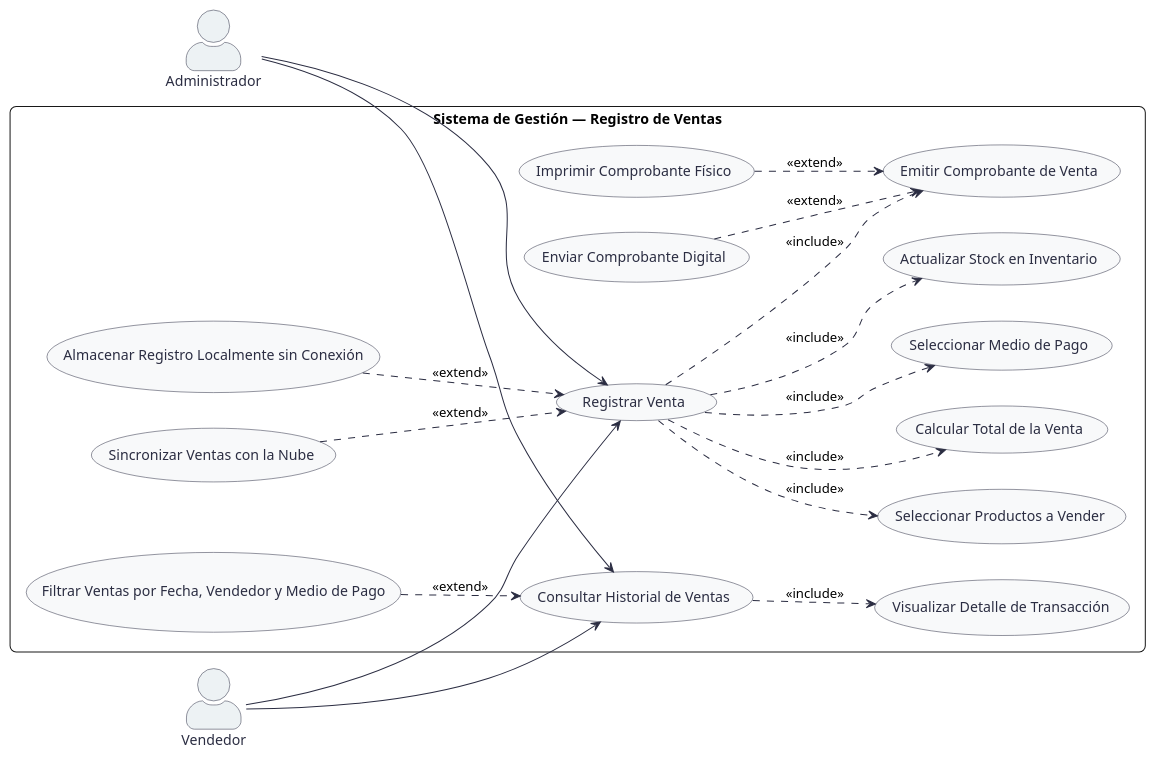
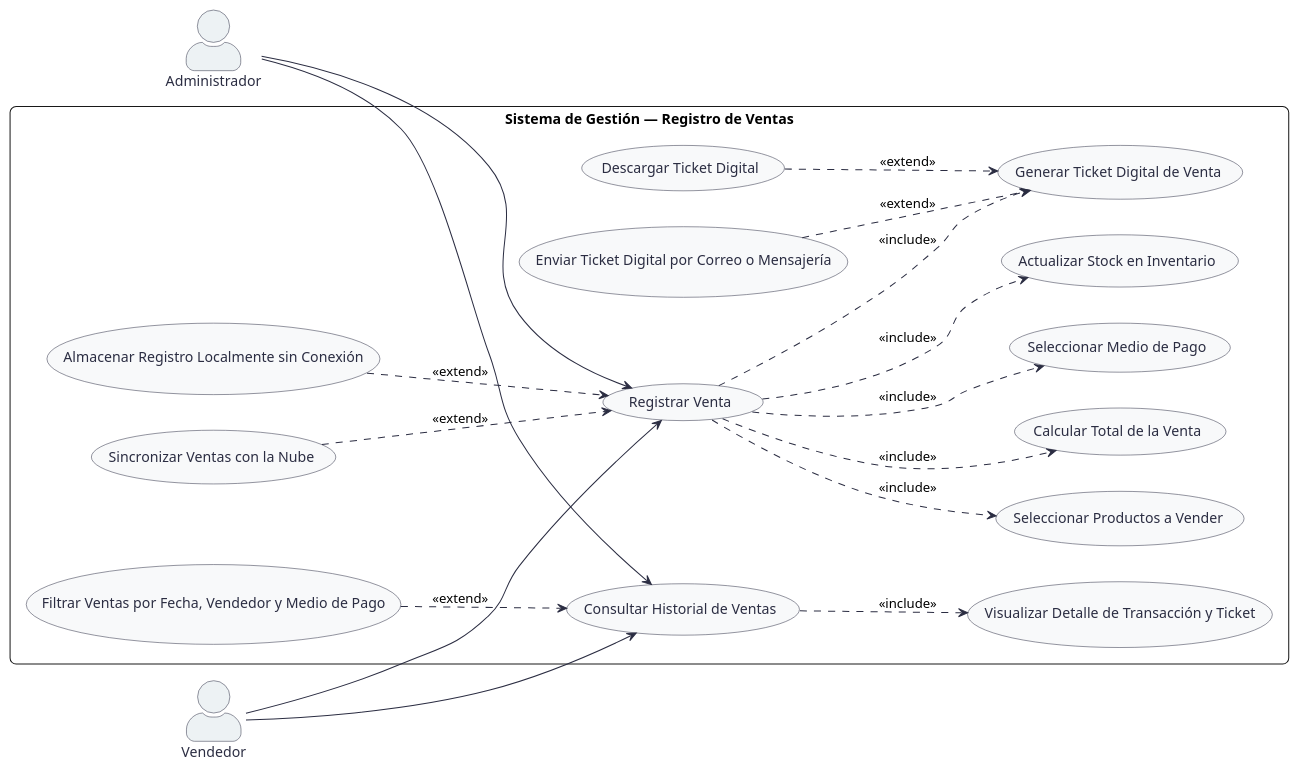
The diagram in docs/diagramas_casos_de_uso/codigo_puml/cu_modulo_3_ventas.puml (jsondev999/proyecto-tienda-ropa), drawn with PlantUML before and after one commit. The commit also changed 3 other files, not shown here.

```diff
--- a/docs/diagramas_casos_de_uso/codigo_puml/cu_modulo_3_ventas.puml
+++ b/docs/diagramas_casos_de_uso/codigo_puml/cu_modulo_3_ventas.puml
@@ -1,66 +1,66 @@
 @startuml cu_modulo_3_ventas
 skinparam actorStyle awesome
 skinparam packageStyle rectangle
 skinparam roundcorner 12
 skinparam shadowing false
 skinparam monochrome false
 left to right direction
 
 skinparam usecase {
     BackgroundColor #F8F9FA
     BorderColor #2B2D42
     ArrowColor #2B2D42
     FontColor #2B2D42
 }
 
 skinparam actor {
     BackgroundColor #EDF2F4
     BorderColor #2B2D42
     FontColor #2B2D42
 }
 
 actor "Administrador" as Admin
 actor "Vendedor" as Vendedor
 
 rectangle "Sistema de Gestión — Registro de Ventas" {
     usecase "Registrar Venta" as UC_RegistrarVenta
     usecase "Seleccionar Productos a Vender" as UC_SeleccionarProd
     usecase "Calcular Total de la Venta" as UC_CalcularTotal
     usecase "Seleccionar Medio de Pago" as UC_MedioPago
     usecase "Actualizar Stock en Inventario" as UC_ActualizarStock
-    usecase "Emitir Comprobante de Venta" as UC_EmitirComprobante
-    usecase "Imprimir Comprobante Físico" as UC_ImprimirComprobante
-    usecase "Enviar Comprobante Digital" as UC_EnviarComprobanteDigital
+    usecase "Generar Ticket Digital de Venta" as UC_GenerarTicket
+    usecase "Descargar Ticket Digital" as UC_DescargarTicket
+    usecase "Enviar Ticket Digital por Correo o Mensajería" as UC_EnviarTicketDigital
     usecase "Almacenar Registro Localmente sin Conexión" as UC_OperarOffline
     usecase "Sincronizar Ventas con la Nube" as UC_SincronizarNube
     
     usecase "Consultar Historial de Ventas" as UC_HistorialVentas
     usecase "Filtrar Ventas por Fecha, Vendedor y Medio de Pago" as UC_FiltrarHistorial
-    usecase "Visualizar Detalle de Transacción" as UC_DetalleVenta
+    usecase "Visualizar Detalle de Transacción y Ticket" as UC_DetalleVenta
 }
 
 ' Asociaciones Vendedor
 Vendedor --> UC_RegistrarVenta
 Vendedor --> UC_HistorialVentas
 
 ' Asociaciones Administrador
 Admin --> UC_RegistrarVenta
 Admin --> UC_HistorialVentas
 
 ' Inclusiones
 UC_RegistrarVenta ..> UC_SeleccionarProd : <<include>>
 UC_RegistrarVenta ..> UC_CalcularTotal : <<include>>
 UC_RegistrarVenta ..> UC_MedioPago : <<include>>
 UC_RegistrarVenta ..> UC_ActualizarStock : <<include>>
-UC_RegistrarVenta ..> UC_EmitirComprobante : <<include>>
+UC_RegistrarVenta ..> UC_GenerarTicket : <<include>>
 
 UC_HistorialVentas ..> UC_DetalleVenta : <<include>>
 
 ' Extensiones
-UC_ImprimirComprobante ..> UC_EmitirComprobante : <<extend>>
-UC_EnviarComprobanteDigital ..> UC_EmitirComprobante : <<extend>>
+UC_DescargarTicket ..> UC_GenerarTicket : <<extend>>
+UC_EnviarTicketDigital ..> UC_GenerarTicket : <<extend>>
 UC_OperarOffline ..> UC_RegistrarVenta : <<extend>>
 UC_SincronizarNube ..> UC_RegistrarVenta : <<extend>>
 UC_FiltrarHistorial ..> UC_HistorialVentas : <<extend>>
 
 @enduml
```
